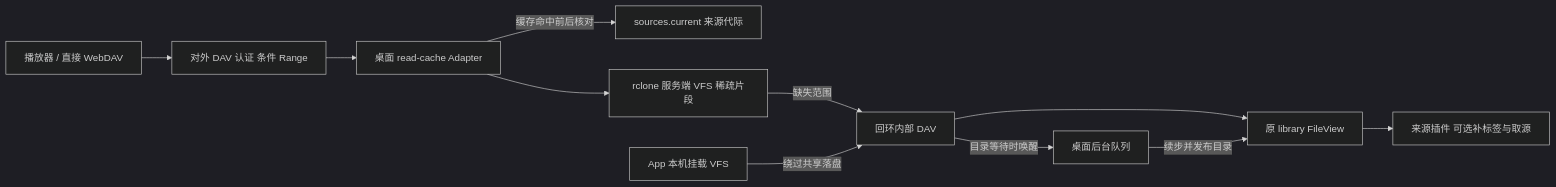
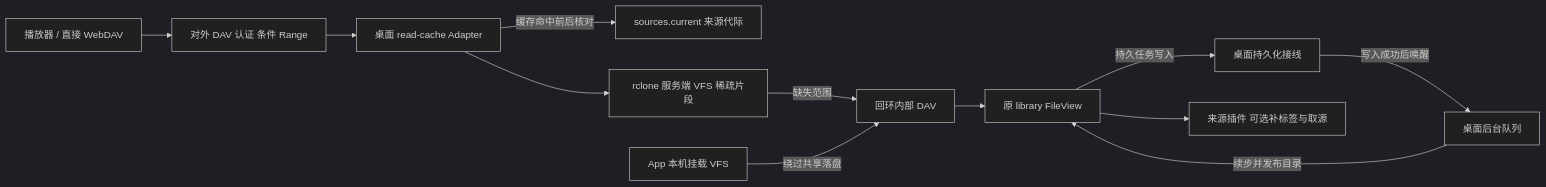
One commit to shengyusi-SYS/musicfs changed the diagram in docs/architecture/shared-read-cache.md. Above: the diagram before and after it, drawn with Mermaid (dark theme). The commit also changed other lines of this file and 10 other files, not shown here.

````diff
--- a/docs/architecture/shared-read-cache.md
+++ b/docs/architecture/shared-read-cache.md
@@ -7,13 +7,14 @@
 ```mermaid
 flowchart LR
   Direct[播放器 / 直接 WebDAV] --> DAV[对外 DAV 认证 条件 Range]
   DAV --> Shared[桌面 read-cache Adapter]
   Shared -->|缓存命中前后核对| Current[sources.current 来源代际]
   Shared --> VFS[rclone 服务端 VFS 稀疏片段]
   VFS -->|缺失范围| Private[回环内部 DAV]
   App[App 本机挂载 VFS] -->|绕过共享落盘| Private
   Private --> Library[原 library FileView]
-  Private -->|目录等待时唤醒| Runner[桌面后台队列]
+  Library -->|持久任务写入| Store[桌面持久化接线]
+  Store -->|写入成功后唤醒| Runner[桌面后台队列]
   Runner -->|续步并发布目录| Library
   Library --> Plugin[来源插件 可选补标签与取源]
 ```
````
